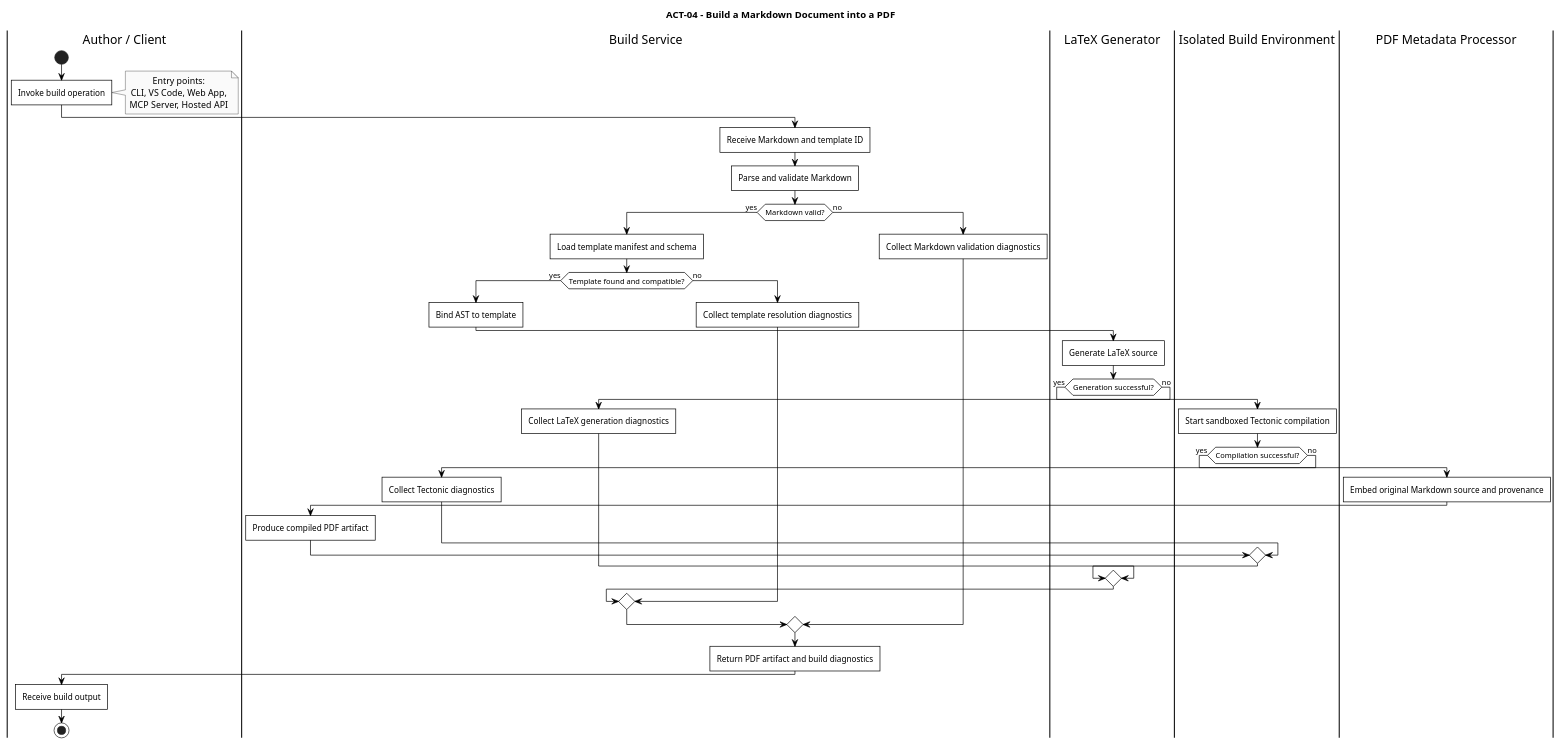
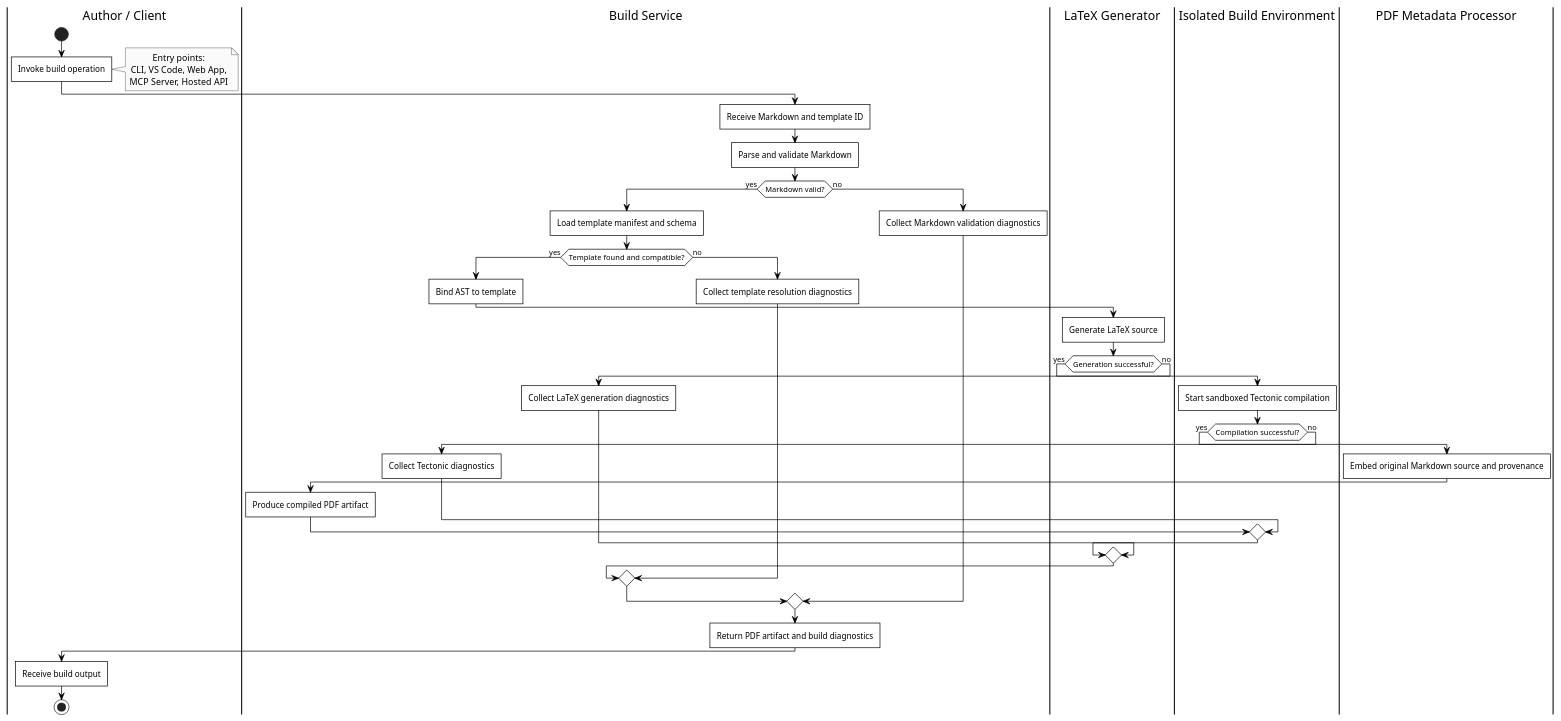
The diagram in diagrams/puml/activity/04-build-pdf.puml (Litho-MD/uet-fyp-docs), drawn with PlantUML before and after one commit. The commit also changed 111 other files, not shown here.

First line of the commit message:
Add TikZ support for UML diagrams and refine document structure

```diff
--- a/diagrams/puml/activity/04-build-pdf.puml
+++ b/diagrams/puml/activity/04-build-pdf.puml
@@ -1,69 +1,68 @@
 @startuml
-title ACT-04 - Build a Markdown Document into a PDF
 
 skinparam monochrome true
 skinparam backgroundColor white
 skinparam shadowing false
 skinparam roundCorner 0
 skinparam defaultTextAlignment center
 skinparam activityBorderThickness 1
 skinparam activity {
     BackgroundColor white
     BorderColor black
     FontColor black
     DiamondBackgroundColor white
     DiamondBorderColor black
 }
 skinparam ArrowColor black
 skinparam defaultFontColor black
 
 |Author / Client|
 start
 :Invoke build operation;
 note right
     Entry points:
     CLI, VS Code, Web App,
     MCP Server, Hosted API
 end note
 
 |Build Service|
 :Receive Markdown and template ID;
 :Parse and validate Markdown;
 if (Markdown valid?) then (yes)
     :Load template manifest and schema;
     if (Template found and compatible?) then (yes)
         :Bind AST to template;
         |LaTeX Generator|
         :Generate LaTeX source;
         if (Generation successful?) then (yes)
             |Isolated Build Environment|
             :Start sandboxed Tectonic compilation;
             if (Compilation successful?) then (yes)
                 |PDF Metadata Processor|
                 :Embed original Markdown source and provenance;
                 |Build Service|
                 :Produce compiled PDF artifact;
             else (no)
                 |Build Service|
                 :Collect Tectonic diagnostics;
             endif
         else (no)
             |Build Service|
             :Collect LaTeX generation diagnostics;
         endif
     else (no)
         |Build Service|
         :Collect template resolution diagnostics;
     endif
 else (no)
     |Build Service|
     :Collect Markdown validation diagnostics;
 endif
 
 |Build Service|
 :Return PDF artifact and build diagnostics;
 
 |Author / Client|
 :Receive build output;
 stop
 @enduml
```
